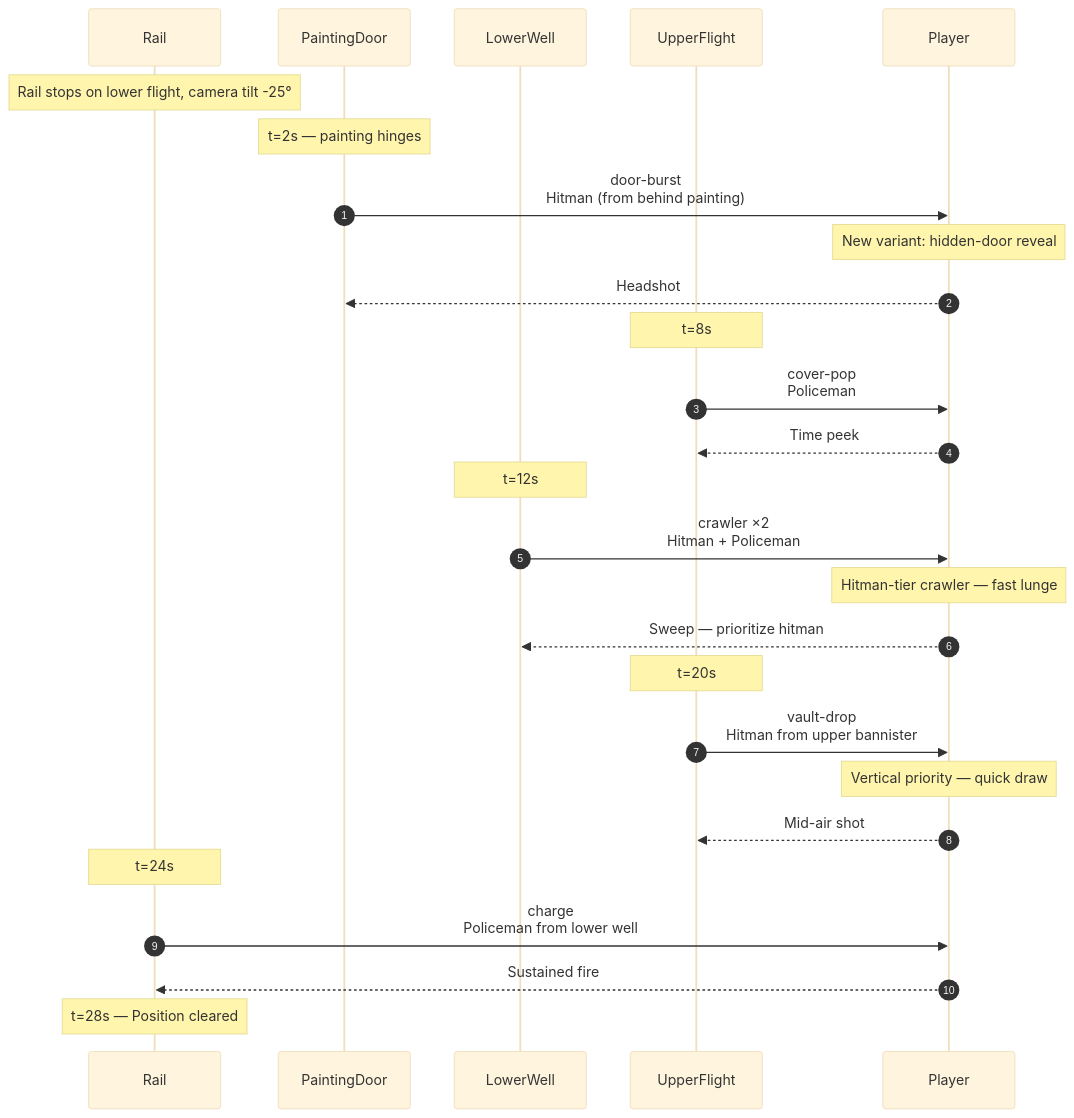
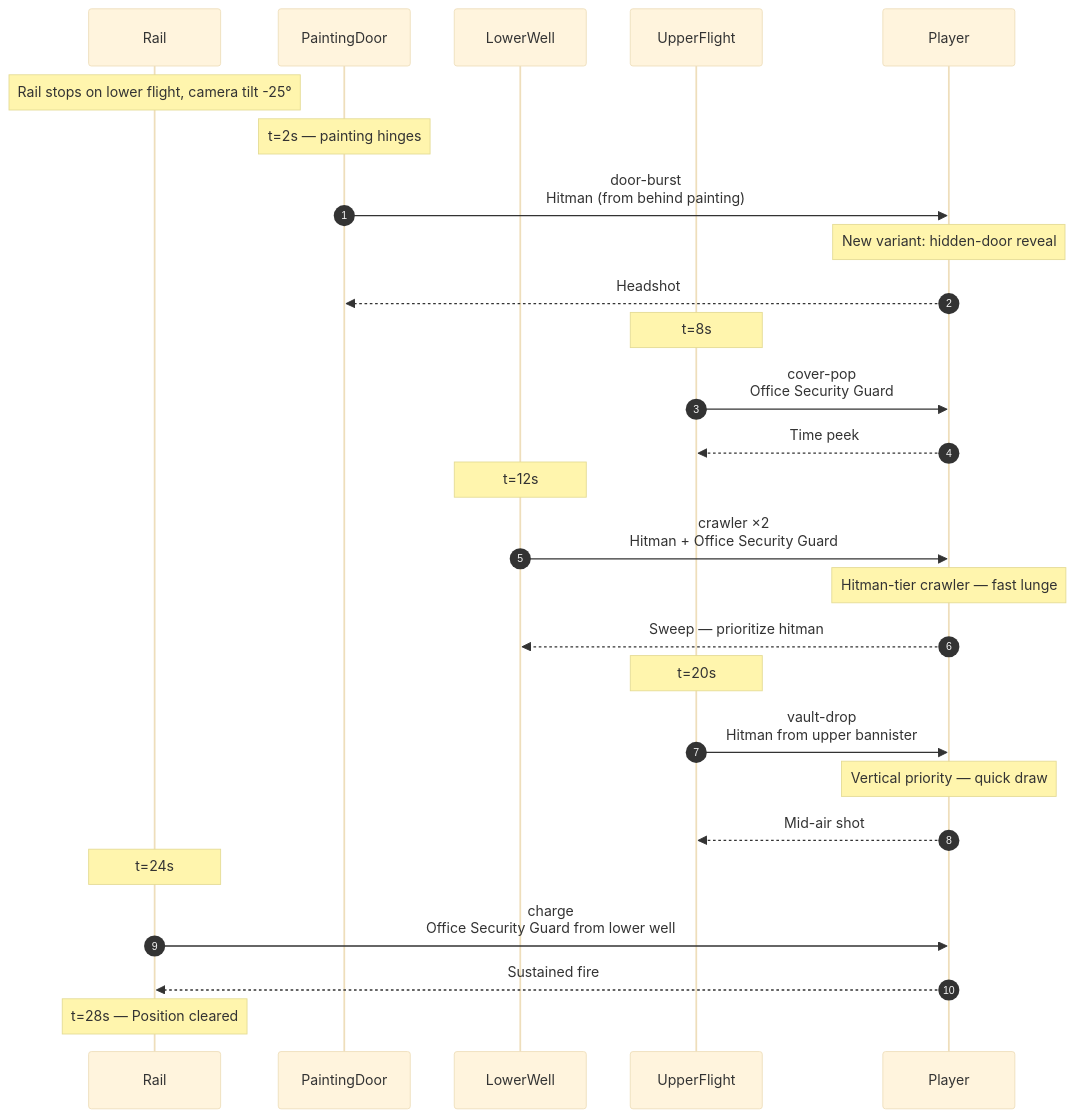
One commit to arcade-cabinet/department-of-redundancy-department changed the second of 4 diagrams in docs/spec/levels/06-stairway-C.md. Above: the diagram before and after it, drawn with Mermaid (base theme). The commit also changed other lines of this file and 14 other files, not shown here.

First line of the commit message:
refactor(lore): repurpose policeman → office security guard, swat → head of security

````diff
--- a/docs/spec/levels/06-stairway-C.md
+++ b/docs/spec/levels/06-stairway-C.md
@@ -65,36 +65,36 @@
 ```mermaid
 sequenceDiagram
     autonumber
     participant Rail
     participant PaintingDoor
     participant LowerWell
     participant UpperFlight
     participant Player
 
     Note over Rail: Rail stops on lower flight, camera tilt -25°
 
     Note over PaintingDoor: t=2s — painting hinges
     PaintingDoor->>Player: door-burst<br/>Hitman (from behind painting)
     Note over Player: New variant: hidden-door reveal
     Player-->>PaintingDoor: Headshot
 
     Note over UpperFlight: t=8s
-    UpperFlight->>Player: cover-pop<br/>Policeman
+    UpperFlight->>Player: cover-pop<br/>Office Security Guard
     Player-->>UpperFlight: Time peek
 
     Note over LowerWell: t=12s
-    LowerWell->>Player: crawler ×2<br/>Hitman + Policeman
+    LowerWell->>Player: crawler ×2<br/>Hitman + Office Security Guard
     Note over Player: Hitman-tier crawler — fast lunge
     Player-->>LowerWell: Sweep — prioritize hitman
 
     Note over UpperFlight: t=20s
     UpperFlight->>Player: vault-drop<br/>Hitman from upper bannister
     Note over Player: Vertical priority — quick draw
     Player-->>UpperFlight: Mid-air shot
 
     Note over Rail: t=24s
-    Rail->>Player: charge<br/>Policeman from lower well
+    Rail->>Player: charge<br/>Office Security Guard from lower well
     Player-->>Rail: Sustained fire
 
     Note over Rail: t=28s — Position cleared
 ```
````
